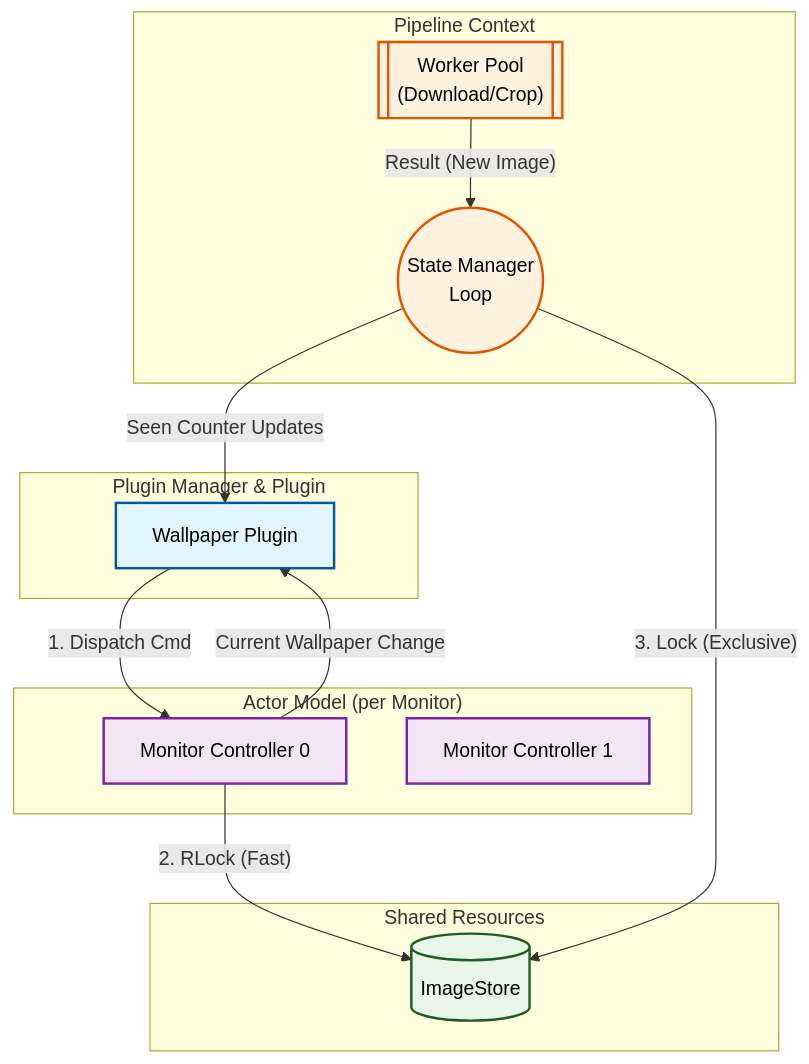
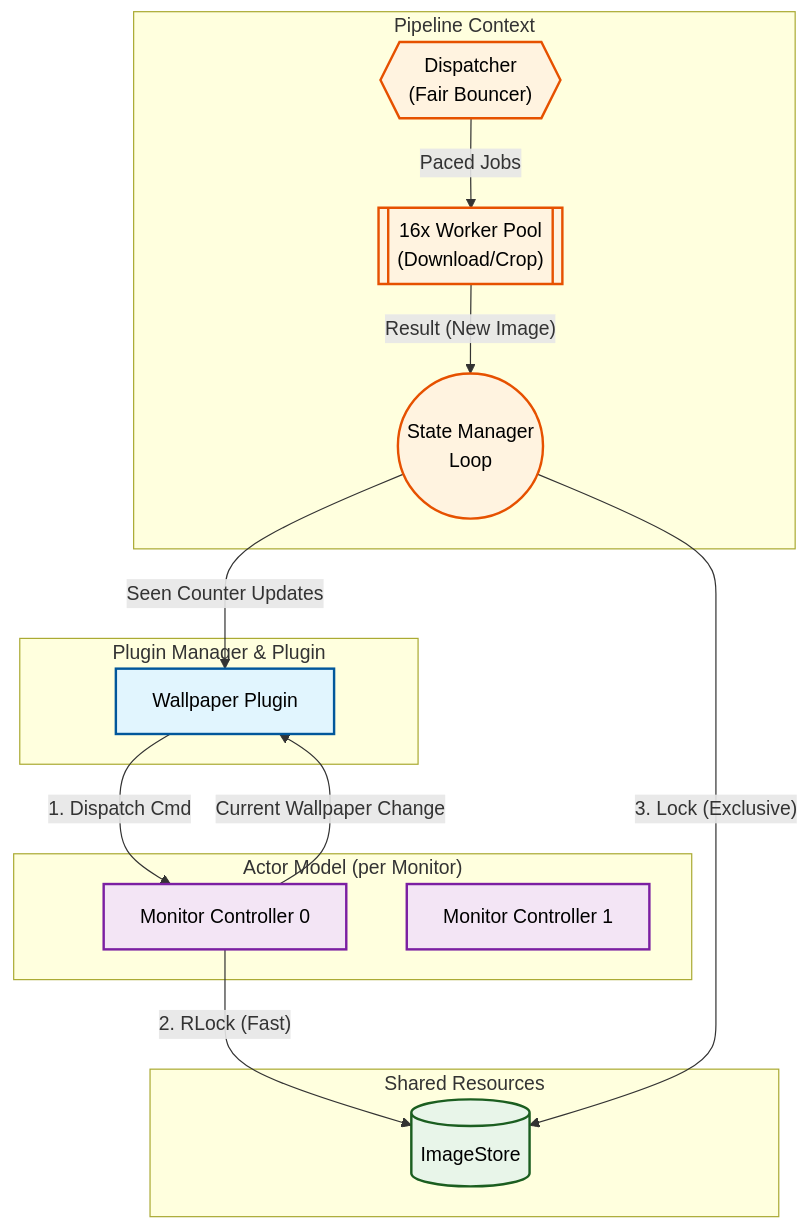
The second of 5 diagrams in docs/architecture.md (dixieflatline76/Spice), drawn with Mermaid before and after one commit. The commit also changed other lines of this file and 17 other files, not shown here.

First line of the commit message:
Refactor/Fair Pipeline Dispatcher & Wikimedia 429 Resilience (#101)

````diff
--- a/docs/architecture.md
+++ b/docs/architecture.md
@@ -62,36 +62,38 @@
 ```mermaid
 graph TD
     classDef ui fill:#e1f5fe,stroke:#01579b,stroke-width:2px,color:#000,font-size:16px;
     classDef actor fill:#f3e5f5,stroke:#7b1fa2,stroke-width:2px,color:#000,font-size:16px;
     classDef pipe fill:#fff3e0,stroke:#e65100,stroke-width:2px,color:#000,font-size:16px;
     classDef store fill:#e8f5e9,stroke:#1b5e20,stroke-width:2px,color:#000,font-size:16px;
 
     subgraph UI_Orchestration ["Plugin Manager & Plugin"]
         Plugin[Wallpaper Plugin]:::ui
     end
 
     subgraph Actor_Layer ["Actor Model (per Monitor)"]
         Monitor1[Monitor Controller 0]:::actor
         Monitor2[Monitor Controller 1]:::actor
     end
 
     subgraph Shared_Resource ["Shared Resources"]
         Store[(ImageStore)]:::store
     end
 
     subgraph Pipeline_Layer ["Pipeline Context"]
-        Workers[["Worker Pool<br/>(Download/Crop)"]]:::pipe
+        Dispatcher{{"Dispatcher<br/>(Fair Bouncer)"}}:::pipe
+        Workers[["16x Worker Pool<br/>(Download/Crop)"]]:::pipe
         Manager(("State Manager<br/>Loop")):::pipe
     end
 
     %% Interaction Flows
     Plugin -- "1. Dispatch Cmd" --> Monitor1
     Monitor1 -- "2. RLock (Fast)" --> Store
     
+    Dispatcher -- "Paced Jobs" --> Workers
     Workers -- "Result (New Image)" --> Manager
     Manager -- "3. Lock (Exclusive)" --> Store
     
     %% Feedback
     Manager -- "Seen Counter Updates" --> Plugin
     Monitor1 -- "Current Wallpaper Change" --> Plugin
 ```
````
